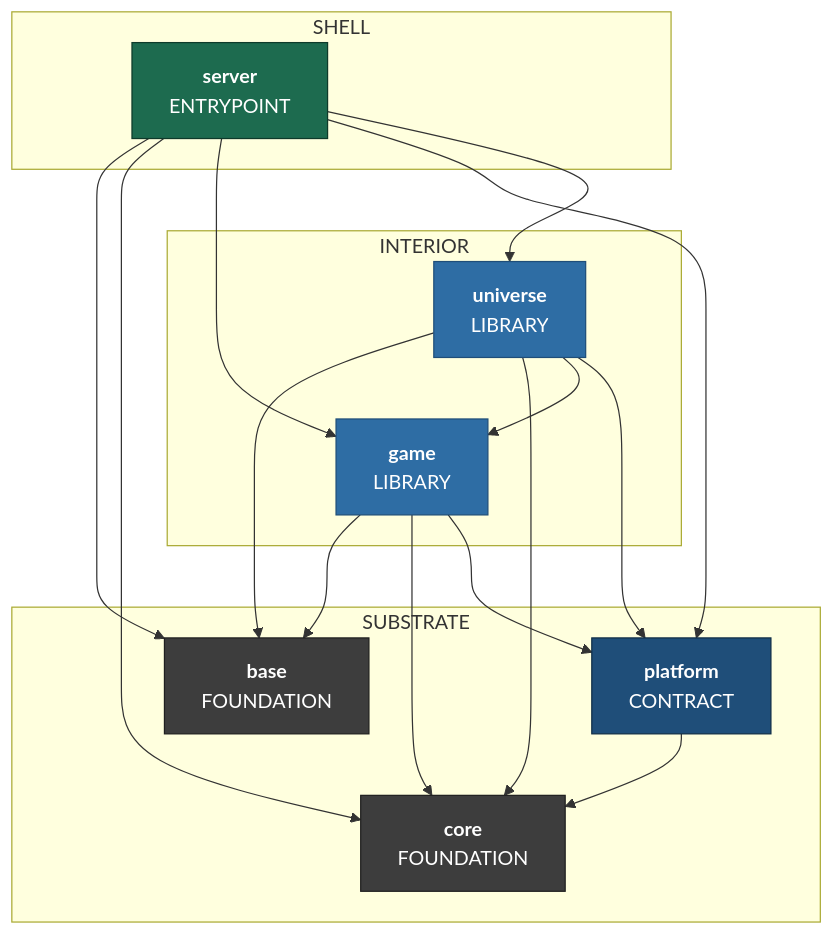
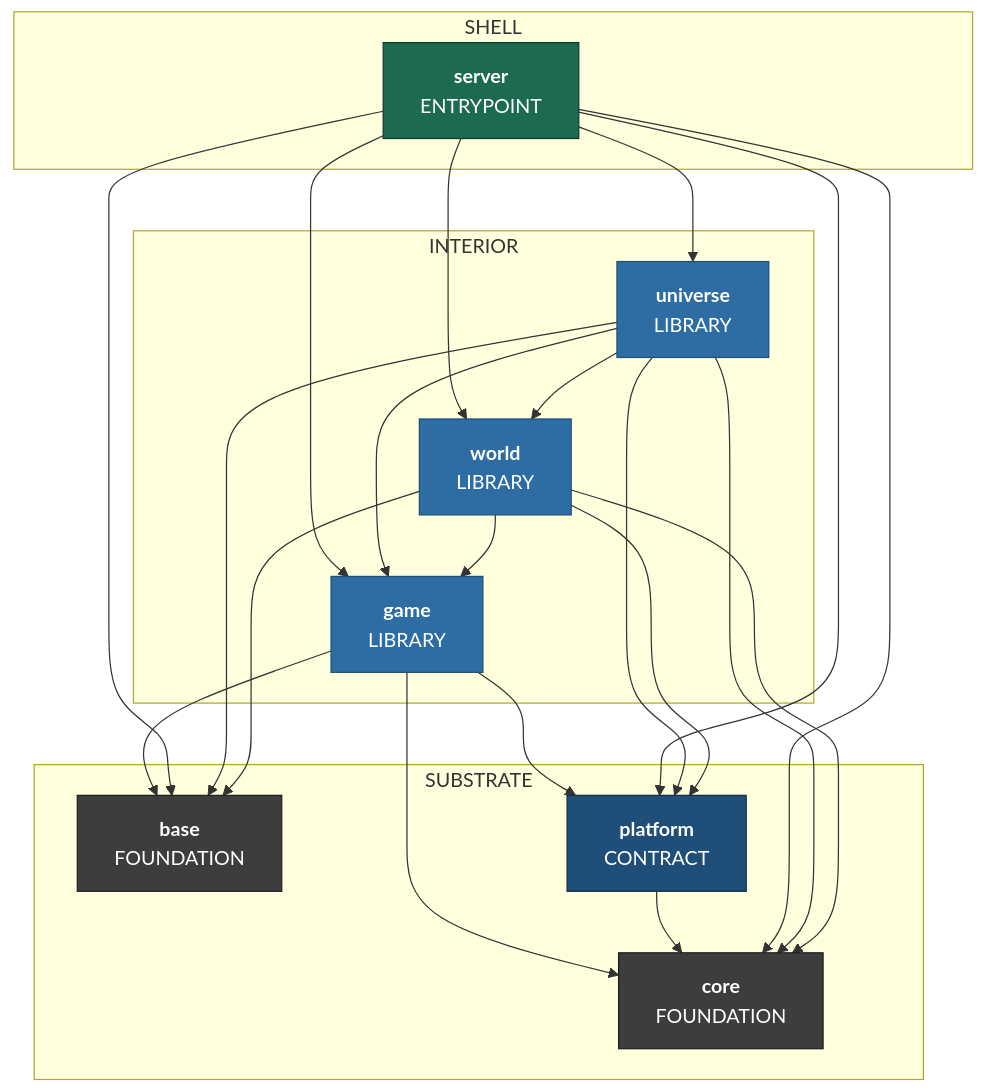
The seventh of 8 diagrams in docs/superpowers/specs/2026-08-01-sovereign-headless-client-design.md (apnex/OpenStarbound), drawn with Mermaid before and after one commit. The commit also changed other lines of this file and 2 other files, not shown here.

````diff
--- a/docs/superpowers/specs/2026-08-01-sovereign-headless-client-design.md
+++ b/docs/superpowers/specs/2026-08-01-sovereign-headless-client-design.md
@@ -1150,38 +1305,45 @@
 ```mermaid
 %% composition: server
 flowchart TD
   subgraph Z_SUBSTRATE ["SUBSTRATE"]
     base["<b>base</b><br/>FOUNDATION"]
     core["<b>core</b><br/>FOUNDATION"]
     platform["<b>platform</b><br/>CONTRACT"]
   end
   subgraph Z_INTERIOR ["INTERIOR"]
     game["<b>game</b><br/>LIBRARY"]
     universe["<b>universe</b><br/>LIBRARY"]
+    world["<b>world</b><br/>LIBRARY"]
   end
   subgraph Z_SHELL ["SHELL"]
     server["<b>server</b><br/>ENTRYPOINT"]
   end
   game --> base
   game --> core
   game --> platform
   platform --> core
   server --> base
   server --> core
   server --> game
   server --> platform
   server --> universe
+  server --> world
   universe --> base
   universe --> core
   universe --> game
   universe --> platform
+  universe --> world
+  world --> base
+  world --> core
+  world --> game
+  world --> platform
   classDef kFoundation fill:#3d3d3d,stroke:#1f1f1f,color:#fff
   classDef kContract fill:#1f4e79,stroke:#0f2d46,color:#fff
   classDef kBackend fill:#7a3e9d,stroke:#4d2763,color:#fff
   classDef kLibrary fill:#2e6da4,stroke:#1f4e79,color:#fff
   classDef kEntrypoint fill:#1d6b4f,stroke:#0e3a2a,color:#fff
   class base,core kFoundation
   class platform kContract
-  class game,universe kLibrary
+  class game,universe,world kLibrary
   class server kEntrypoint
 ```
````
